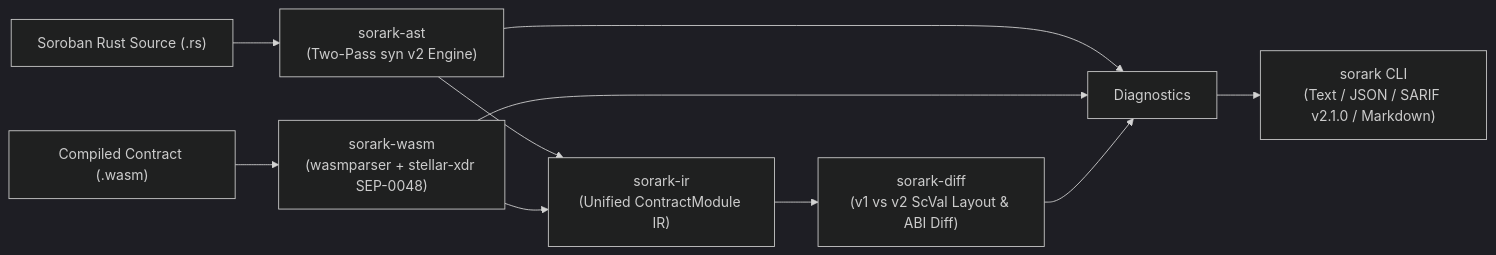
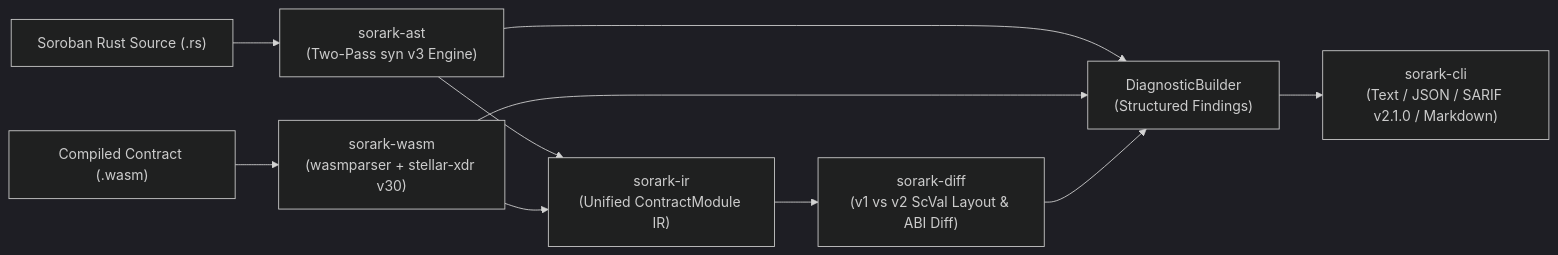
One commit to duongynhi000005-oss/sorark changed the diagram in README.md. Above: the diagram before and after it, drawn with Mermaid (dark theme). The commit also changed other lines of this file and 3 other files, not shown here.

Commit message:
docs: upgrade README, CONTRIBUTING, DRIPS_WAVE, and CHANGELOG to reflect modular architecture

````diff
--- a/README.md
+++ b/README.md
@@ -30,12 +46,12 @@
 ```mermaid
 flowchart LR
-    RS["Soroban Rust Source (.rs)"] --> AST["sorark-ast\n(Two-Pass syn v2 Engine)"]
-    WASM["Compiled Contract (.wasm)"] --> BIN["sorark-wasm\n(wasmparser + stellar-xdr SEP-0048)"]
+    RS["Soroban Rust Source (.rs)"] --> AST["sorark-ast\n(Two-Pass syn v3 Engine)"]
+    WASM["Compiled Contract (.wasm)"] --> BIN["sorark-wasm\n(wasmparser + stellar-xdr v30)"]
     AST --> IR["sorark-ir\n(Unified ContractModule IR)"]
     BIN --> IR
-    AST --> DIAG["Diagnostics"]
+    AST --> DIAG["DiagnosticBuilder\n(Structured Findings)"]
     BIN --> DIAG
     IR --> DIFF["sorark-diff\n(v1 vs v2 ScVal Layout & ABI Diff)"]
     DIFF --> DIAG
-    DIAG --> CLI["sorark CLI\n(Text / JSON / SARIF v2.1.0 / Markdown)"]
+    DIAG --> CLI["sorark-cli\n(Text / JSON / SARIF v2.1.0 / Markdown)"]
 ```
````
